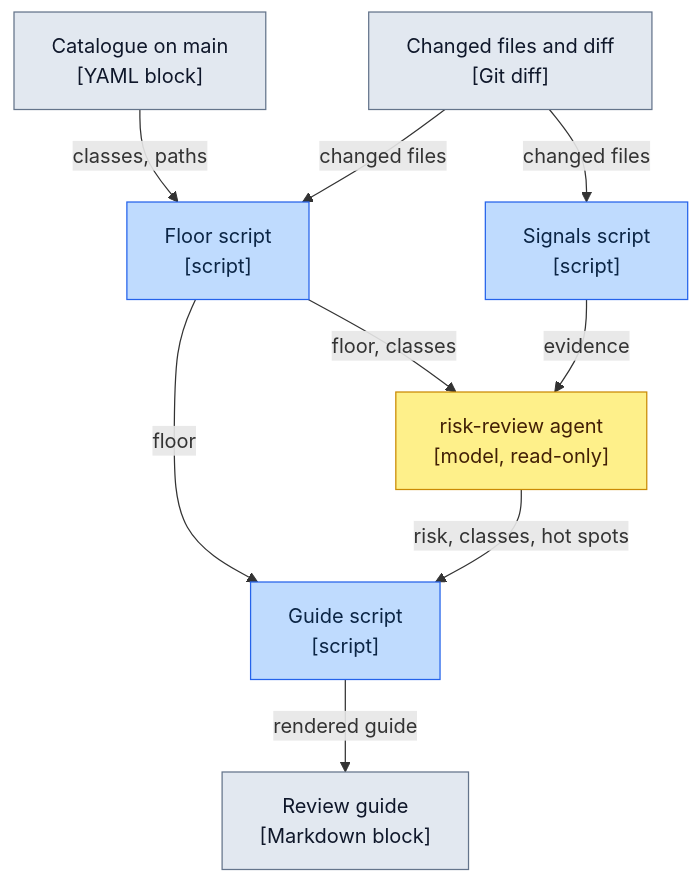
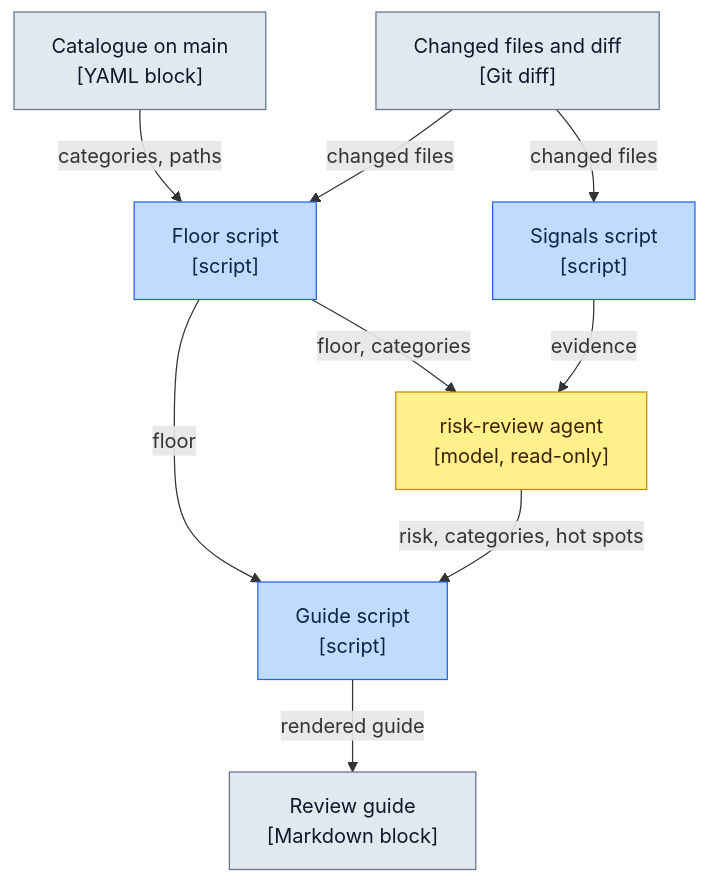
One commit to cfisch3r/estimate changed the diagram in docs/review-risk.md. Above: the diagram before and after it, drawn with Mermaid. The commit also changed other lines of this file and 3 other files, not shown here.

Commit message:
docs: call the risk catalogue's groups categories, not classes

````diff
--- a/docs/review-risk.md
+++ b/docs/review-risk.md
@@ -20,27 +20,27 @@
 ```mermaid
 flowchart TD
   Diff["Changed files and diff<br/>[Git diff]"]
   Floor["Floor script<br/>[script]"]
   Sig["Signals script<br/>[script]"]
   Agent["risk-review agent<br/>[model, read-only]"]
   Guide["Guide script<br/>[script]"]
   PR["Review guide<br/>[Markdown block]"]
 
   Cat["Catalogue on main<br/>[YAML block]"]
-  Cat -->|"classes, paths"| Floor
+  Cat -->|"categories, paths"| Floor
   Diff -->|"changed files"| Floor
   Diff -->|"changed files"| Sig
-  Floor -->|"floor, classes"| Agent
+  Floor -->|"floor, categories"| Agent
   Sig -->|"evidence"| Agent
   Floor -->|"floor"| Guide
-  Agent -->|"risk, classes, hot spots"| Guide
+  Agent -->|"risk, categories, hot spots"| Guide
   Guide -->|"rendered guide"| PR
 
   classDef script fill:#BFDBFE,stroke:#2563EB,color:#0B2545
   classDef model fill:#FEF08A,stroke:#CA8A04,color:#422006
   classDef data fill:#E2E8F0,stroke:#64748B,color:#0F172A
 
   class Floor,Sig,Guide script
   class Agent model
   class Diff,PR,Cat data
 ```
````
